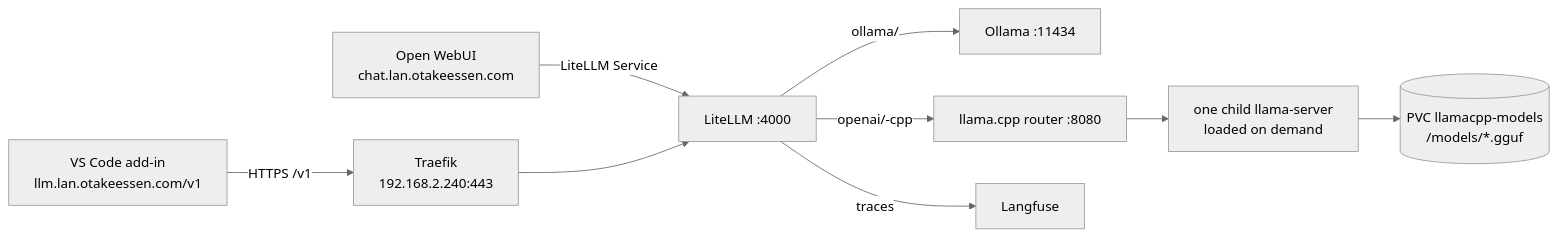
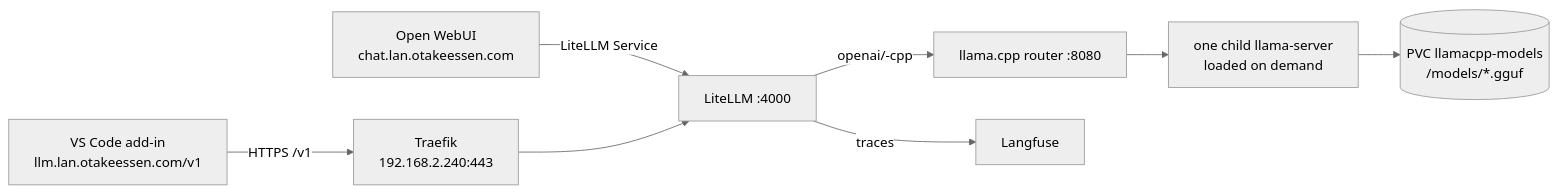
The diagram in docs/wiki/pages/llamacpp-talos.md (rykhalskyi/homelab), drawn with Mermaid (neutral theme) before and after one commit. The commit also changed other lines of this file and 19 other files, not shown here.

````diff
--- a/docs/wiki/pages/llamacpp-talos.md
+++ b/docs/wiki/pages/llamacpp-talos.md
@@ -41,11 +41,10 @@
 ```mermaid
 flowchart LR
   web["Open WebUI<br/>chat.lan.otakeessen.com"] -->|"LiteLLM Service"| llm["LiteLLM :4000"]
   vsc["VS Code add-in<br/>llm.lan.otakeessen.com/v1"] -->|"HTTPS /v1"| traefik["Traefik<br/>192.168.2.240:443"]
   traefik --> llm
-  llm -->|"ollama/<model>"| ollama["Ollama :11434"]
   llm -->|"openai/<model>-cpp"| router["llama.cpp router :8080"]
   router --> child["one child llama-server<br/>loaded on demand"]
   child --> models[("PVC llamacpp-models<br/>/models/*.gguf")]
   llm -->|"traces"| lf["Langfuse"]
 ```
````
